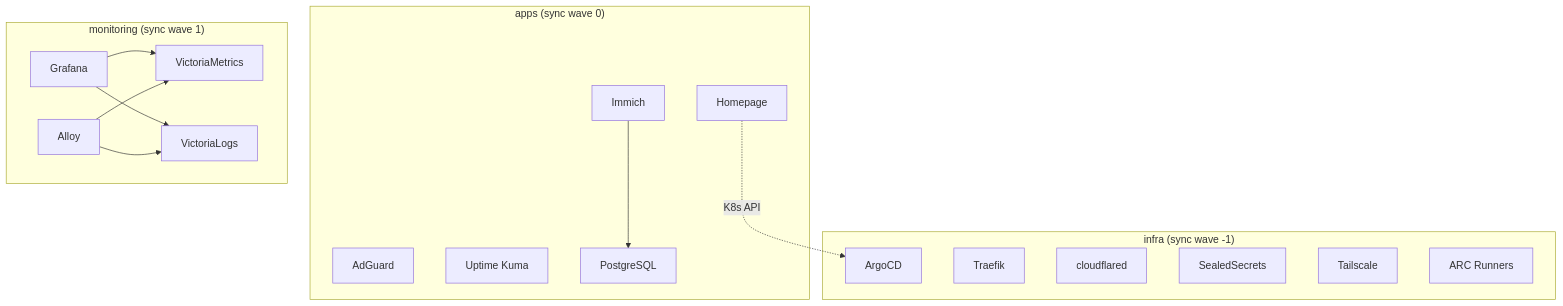
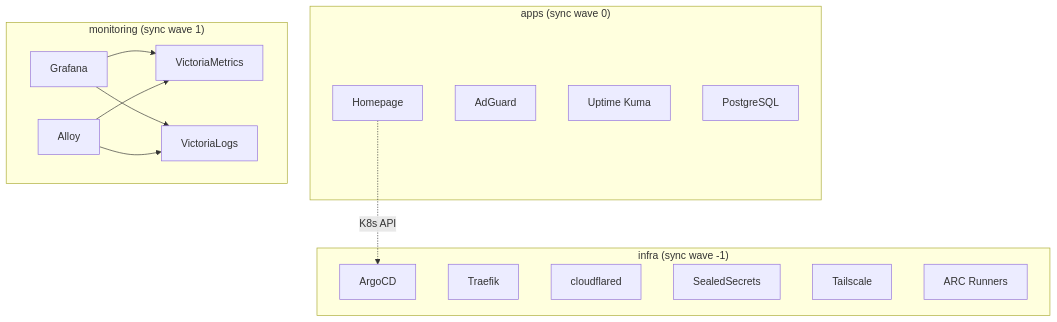
The second of 6 diagrams in .claude/skills/runbook-gen/references/diagram-patterns.md (ukkiee-dev/homelab), drawn with Mermaid before and after one commit. The commit also changed other lines of this file and 22 other files, not shown here.

````diff
--- a/.claude/skills/runbook-gen/references/diagram-patterns.md
+++ b/.claude/skills/runbook-gen/references/diagram-patterns.md
@@ -46,33 +46,31 @@
 ```mermaid
 flowchart TD
   subgraph "infra (sync wave -1)"
     argocd[ArgoCD]
     traefik[Traefik]
     cfd[cloudflared]
     sealed[SealedSecrets]
     ts[Tailscale]
     arc[ARC Runners]
   end
 
   subgraph "apps (sync wave 0)"
     homepage[Homepage]
     adguard[AdGuard]
     uptime[Uptime Kuma]
     pg[PostgreSQL]
-    immich[Immich]
   end
 
   subgraph "monitoring (sync wave 1)"
     vm[VictoriaMetrics]
     grafana[Grafana]
     alloy[Alloy]
     vl[VictoriaLogs]
   end
 
-  immich --> pg
   grafana --> vm
   grafana --> vl
   alloy --> vm
   alloy --> vl
   homepage -.->|"K8s API"| argocd
 ```
````
